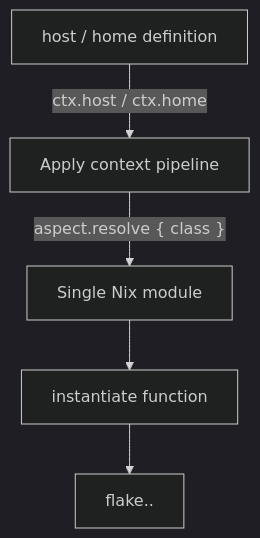
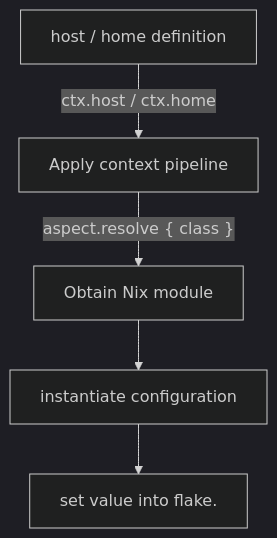
One commit to vic/den changed the second of 2 diagrams in docs/src/content/docs/reference/output.mdx. Above: the diagram before and after it, drawn with Mermaid (dark theme). The commit also changed other lines of this file and 3 other files, not shown here.

First line of the commit message:
Make intoAttr a path of flake output (#211)

````diff
--- a/docs/src/content/docs/reference/output.mdx
+++ b/docs/src/content/docs/reference/output.mdx
@@ -86,8 +85,8 @@
 ```mermaid
 graph TD
   Entity["host / home definition"]
   Entity -->|"ctx.host / ctx.home"| Intent["Apply context pipeline"]
-  Intent -->|"aspect.resolve { class }"| Module["Single Nix module"]
-  Module --> Instantiate["instantiate function"]
-  Instantiate --> Output["flake.<intoAttr>.<name>"]
+  Intent -->|"aspect.resolve { class }"| Module["Obtain Nix module"]
+  Module --> Instantiate["instantiate configuration"]
+  Instantiate --> Output["set value into flake.<intoAttr>"]
 ```
````
